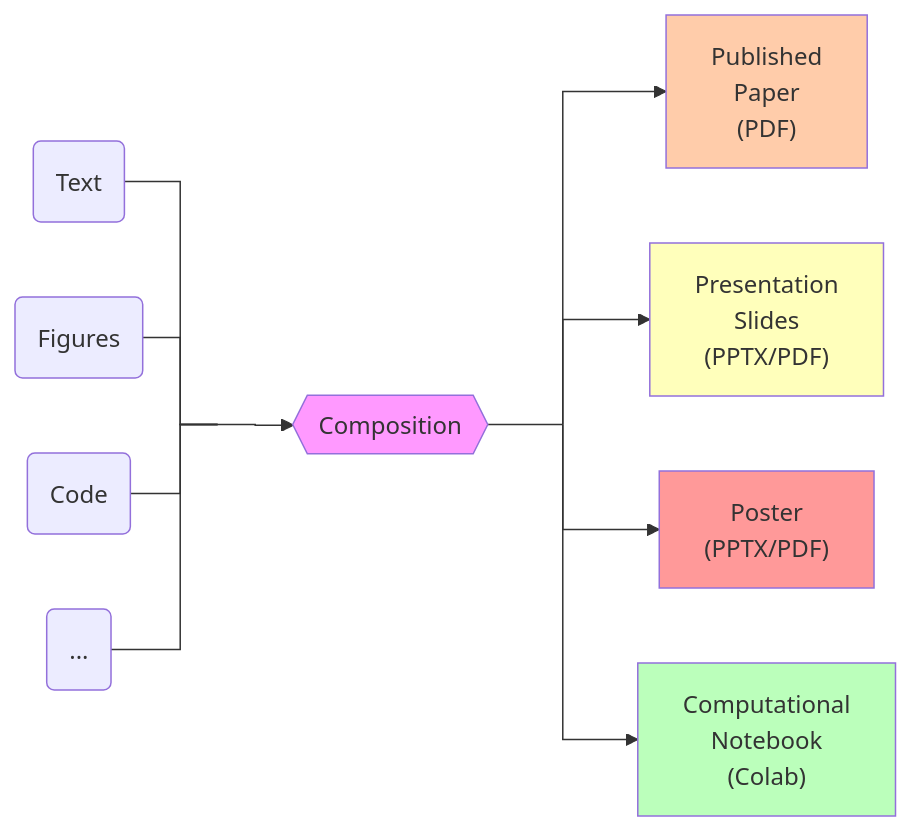
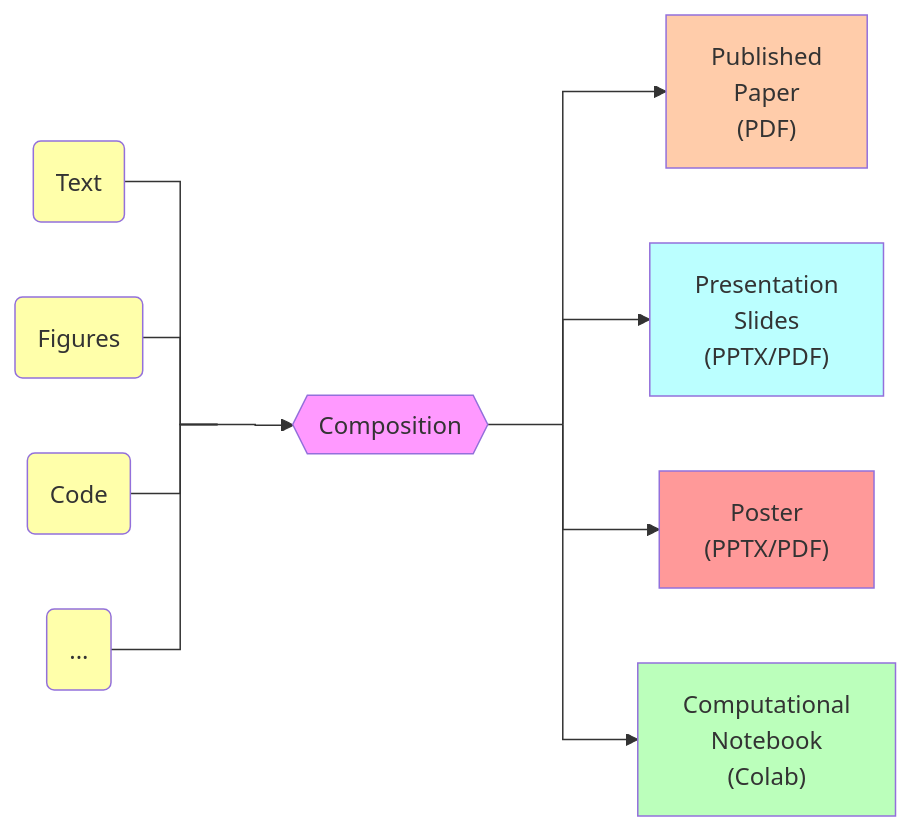
Before and after one commit to TAILOR-UoB/new_ways_of_publishing: the third of 3 diagrams in booksource/publishing-tools/publishing-systems.md, drawn with Mermaid. The commit also changed other lines of this file and 5 other files, not shown here.

````diff
--- a/booksource/publishing-tools/publishing-systems.md
+++ b/booksource/publishing-tools/publishing-systems.md
@@ -263,21 +268,22 @@
 ```{mermaid}
 %%{ init : { "flowchart" : { "curve" : "stepBefore" }}}%%
 
 flowchart LR
     I1("<center>Text</center>"):::input --- dummy1( ):::empty
     I2("Figures"):::input --- dummy1
     I3(Code):::input --- dummy1
     I4(...):::input --- dummy1
     dummy1 --> C:::foo
     C{{"Composition"}} --- dummy2( ):::empty
     dummy2 --> O1["Published \n Paper \n (PDF)"]
     style C fill:#f9f
     dummy2 --> O2["Presentation \n Slides \n (PPTX/PDF)"]
     dummy2 --> O3["Poster \n (PPTX/PDF)"]
     dummy2 --> O4["Computational \n Notebook \n (Colab)"]
     style O1 fill:#fca
-    style O2 fill:#ffb
+    style O2 fill:#bff
     style O3 fill:#f99
     style O4 fill:#bfb
+    classDef input fill:#ffa;
     classDef empty width:0px,height:0px,fill:#000;
 ```
````
